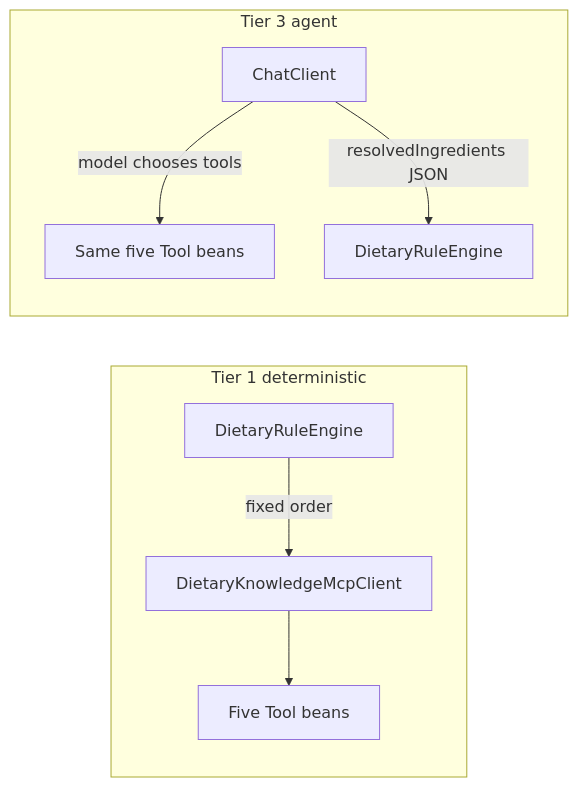
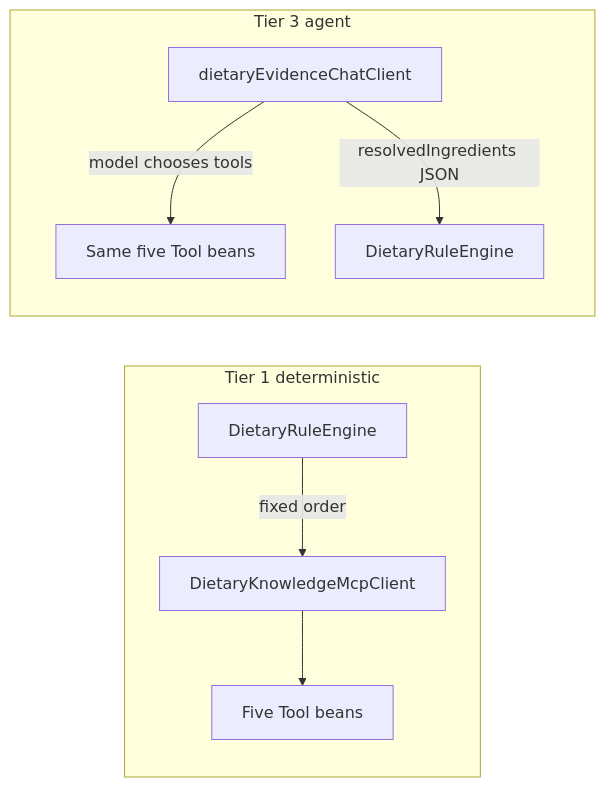
The fourth of 4 diagrams in docs/architecture/mcp-agent-architecture.md (CanMakan-Team/CanMakan), drawn with Mermaid before and after one commit. The commit also changed other lines of this file and 12 other files, not shown here.

Commit message:
instead of calling tavily api per ingredient, do a batch query and send the result to ChatClient to parse into JSON

````diff
--- a/docs/architecture/mcp-agent-architecture.md
+++ b/docs/architecture/mcp-agent-architecture.md
@@ -188,17 +236,17 @@
 ```mermaid
 flowchart LR
   subgraph tier1 [Tier 1 deterministic]
     Eng[DietaryRuleEngine]
     Client[DietaryKnowledgeMcpClient]
     Tools1[Five Tool beans]
     Eng -->|fixed order| Client
     Client --> Tools1
   end
 
   subgraph tier3 [Tier 3 agent]
-    LLM[ChatClient]
+    LLM[dietaryEvidenceChatClient]
     Tools2[Same five Tool beans]
     LLM -->|"model chooses tools"| Tools2
     LLM -->|resolvedIngredients JSON| Eng2[DietaryRuleEngine]
   end
 ```
````
